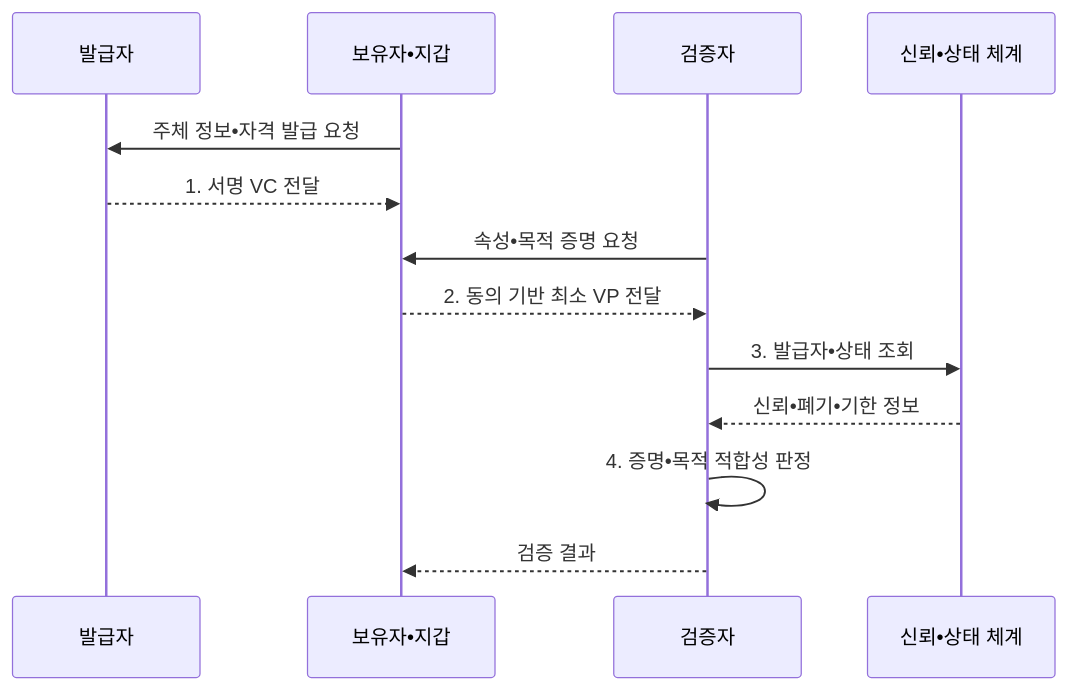
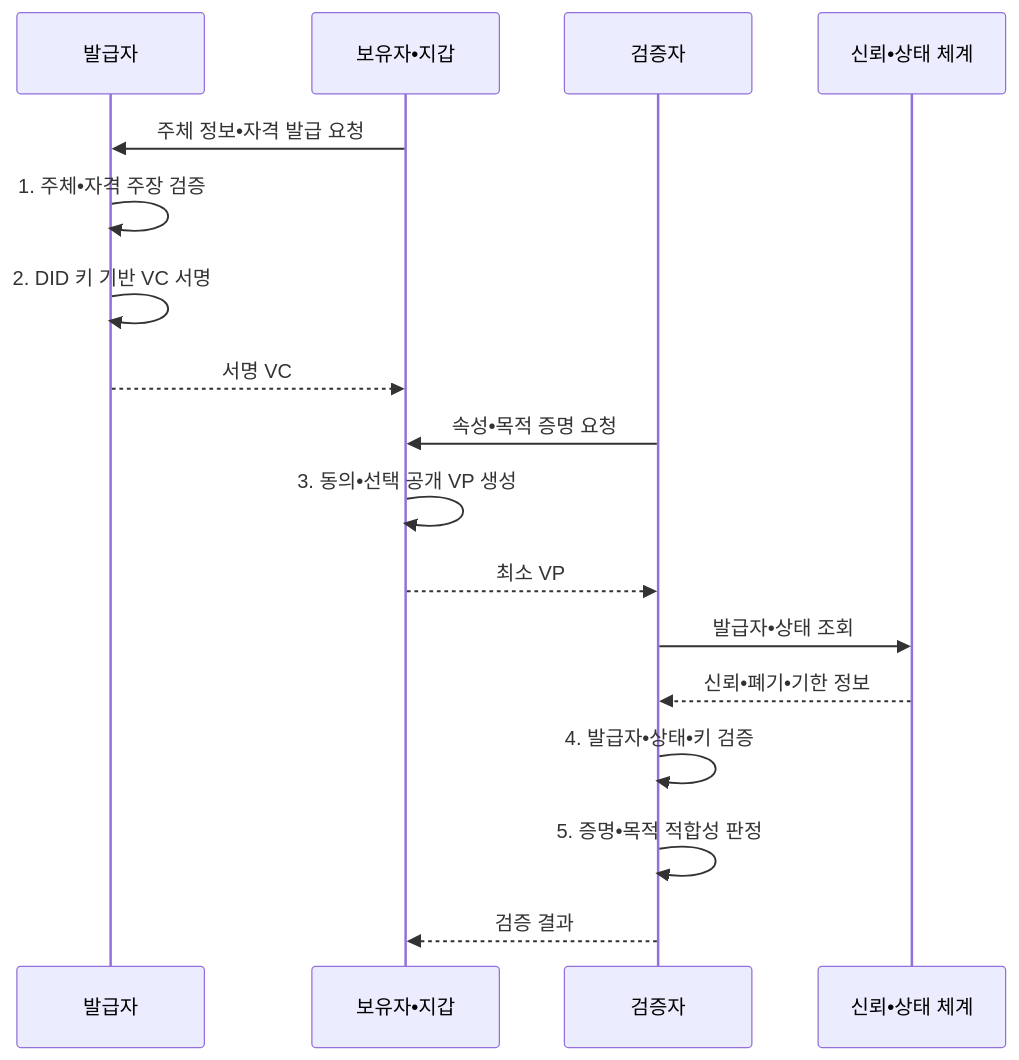
The second of 2 diagrams in src/content/docs/notes/05-security/066_did_ssi.md (agnusdei1207/knowledge-base), drawn with Mermaid before and after one commit. The commit also changed other lines of this file and 20 other files, not shown here.

````diff
--- a/src/content/docs/notes/05-security/066_did_ssi.md
+++ b/src/content/docs/notes/05-security/066_did_ssi.md
@@ -105,15 +105,19 @@
 ```mermaid
 sequenceDiagram
     participant I as 발급자
     participant H as 보유자•지갑
     participant V as 검증자
     participant T as 신뢰•상태 체계
     H->>I: 주체 정보•자격 발급 요청
-    I-->>H: 1. 서명 VC 전달
+    I->>I: 1. 주체•자격 주장 검증
+    I->>I: 2. DID 키 기반 VC 서명
+    I-->>H: 서명 VC
     V->>H: 속성•목적 증명 요청
-    H-->>V: 2. 동의 기반 최소 VP 전달
-    V->>T: 3. 발급자•상태 조회
+    H->>H: 3. 동의•선택 공개 VP 생성
+    H-->>V: 최소 VP
+    V->>T: 발급자•상태 조회
     T-->>V: 신뢰•폐기•기한 정보
-    V->>V: 4. 증명•목적 적합성 판정
+    V->>V: 4. 발급자•상태•키 검증
+    V->>V: 5. 증명•목적 적합성 판정
     V-->>H: 검증 결과
 ```
````
